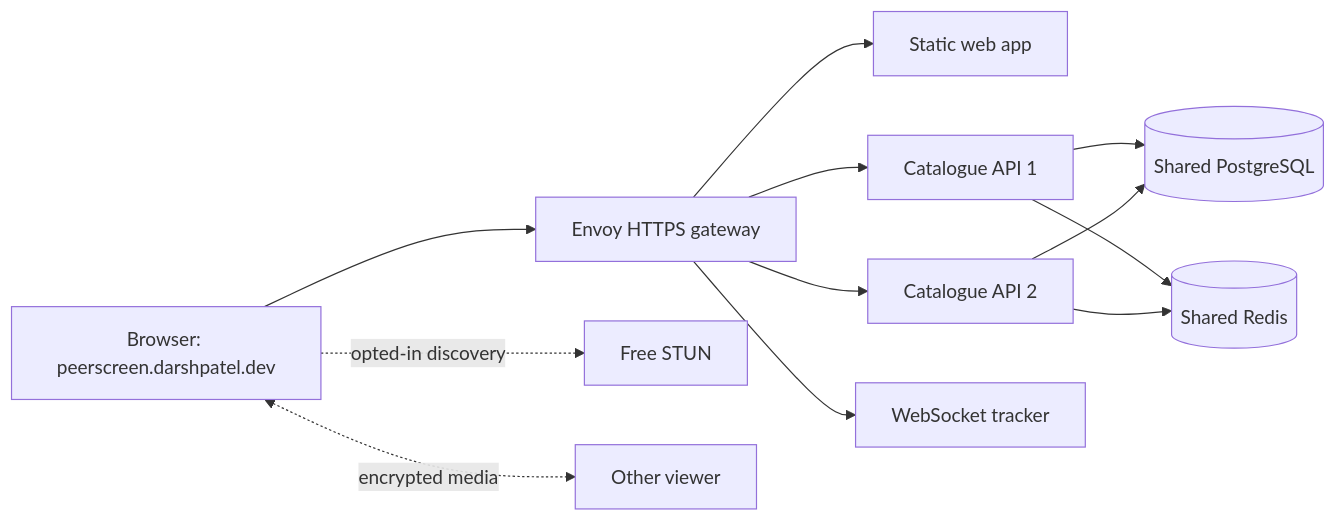
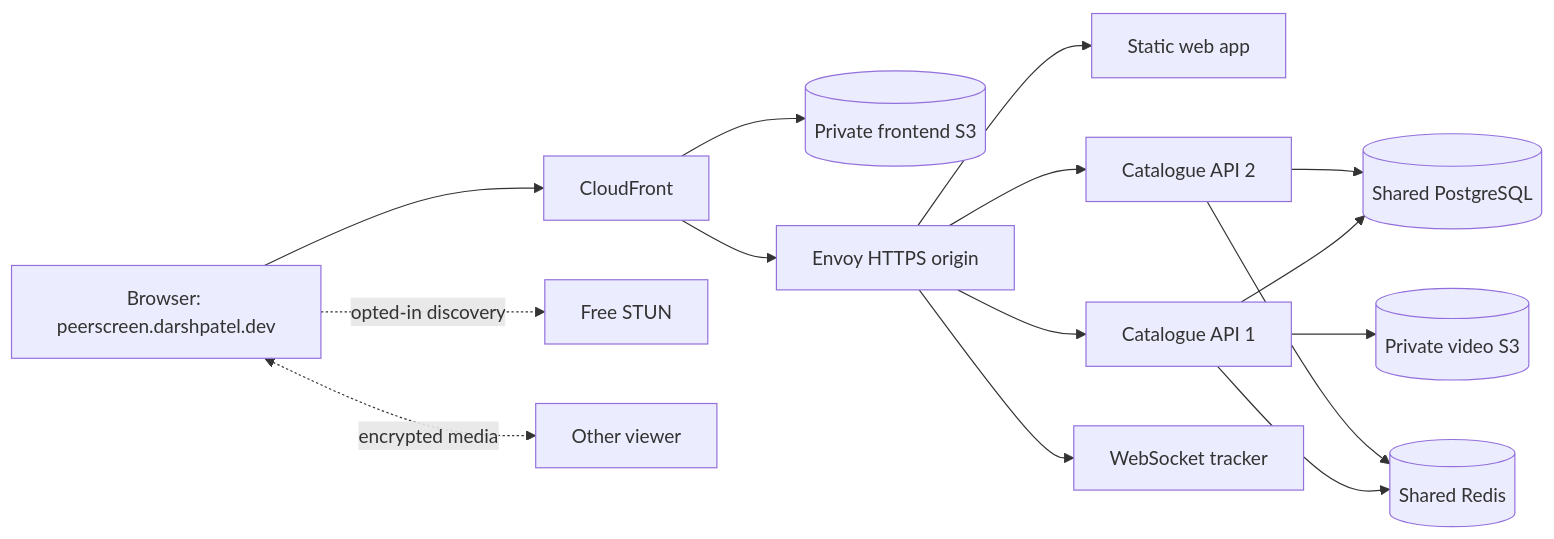
The diagram in docs/learning/phase-5/README.md (darshpatel1052/PeerShare), drawn with Mermaid before and after one commit. The commit also changed other lines of this file and 55 other files, not shown here.

````diff
--- a/docs/learning/phase-5/README.md
+++ b/docs/learning/phase-5/README.md
@@ -12,14 +13,17 @@
 ```mermaid
 flowchart LR
- Browser[Browser: peerscreen.darshpatel.dev] --> Gateway[Envoy HTTPS gateway]
+ Browser[Browser: peerscreen.darshpatel.dev] --> CDN[CloudFront]
+ CDN --> Static[(Private frontend S3)]
+ CDN --> Gateway[Envoy HTTPS origin]
  Gateway --> Web[Static web app]
  Gateway --> API1[Catalogue API 1]
  Gateway --> API2[Catalogue API 2]
  Gateway --> Tracker[WebSocket tracker]
  API1 --> DB[(Shared PostgreSQL)]
  API2 --> DB
  API1 --> Limits[(Shared Redis)]
  API2 --> Limits
+ API1 --> Objects[(Private video S3)]
  Browser -. opted-in discovery .-> STUN[Free STUN]
  Browser <-. encrypted media .-> Peer[Other viewer]
 ```
````
